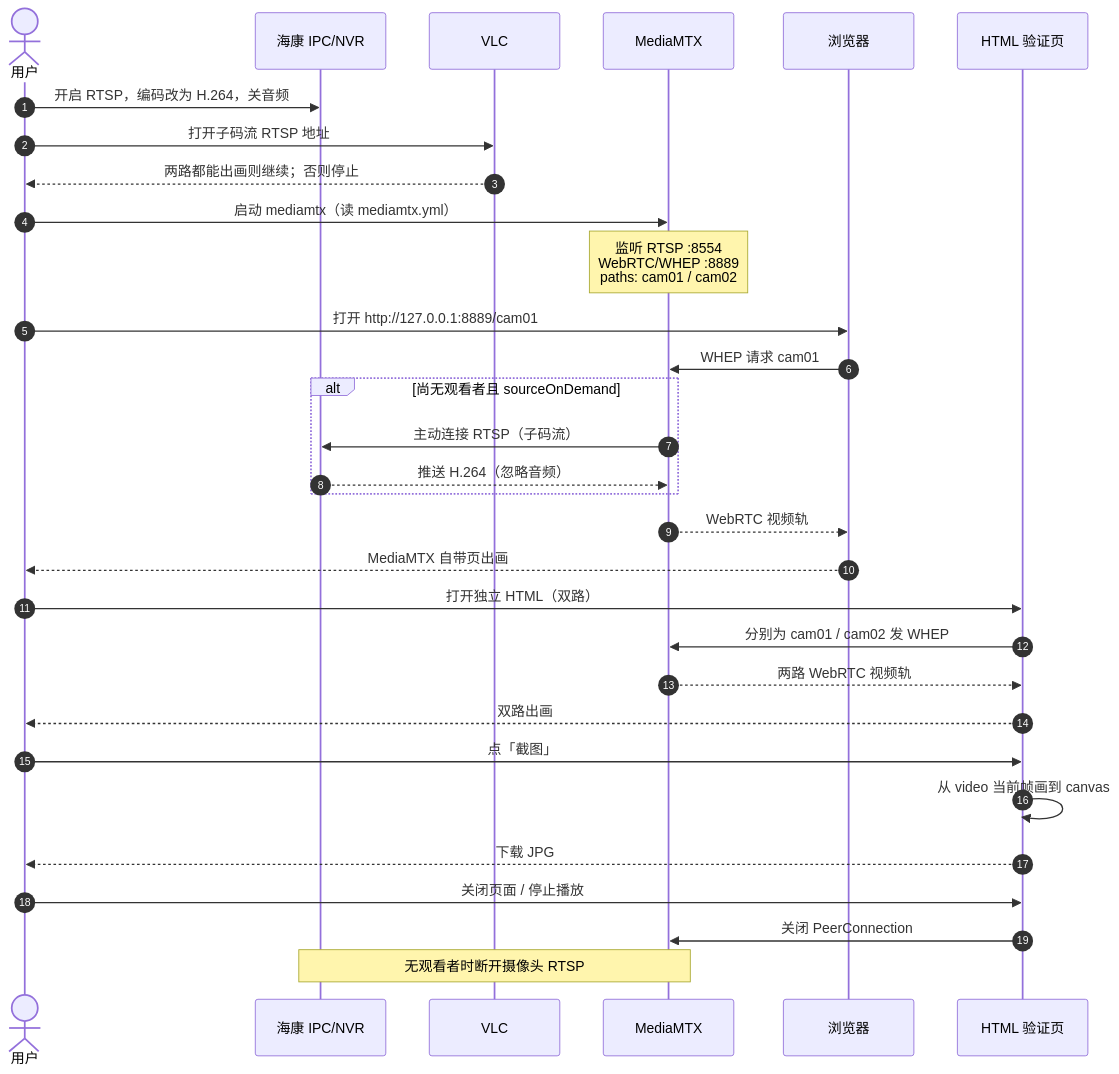
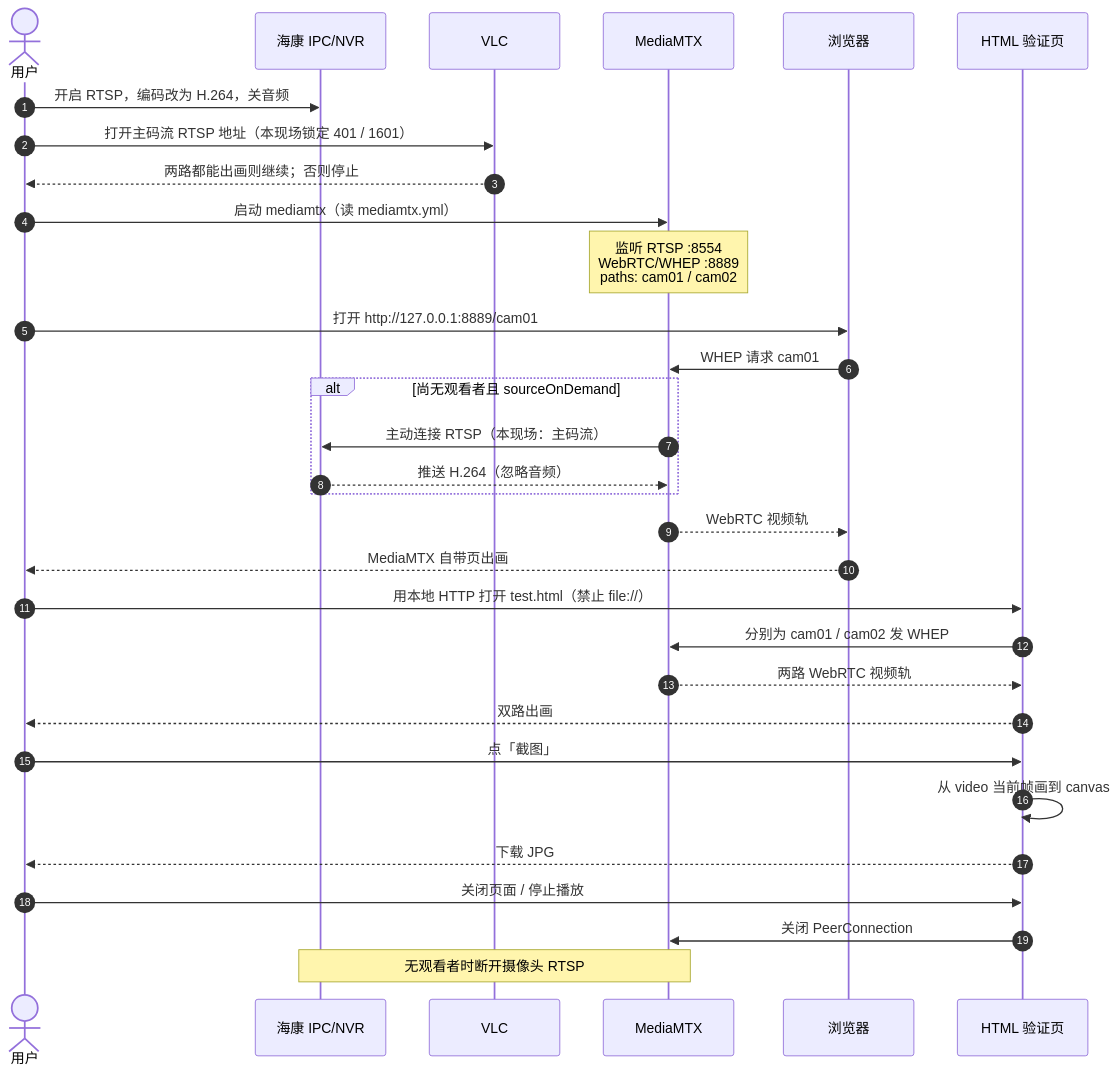
The diagram in 07MEDIAMTX/MediaMTX 海康转 WebRTC 指导书.md (JackweiStud/2030-DT), drawn with Mermaid before and after one commit. The commit also changed other lines of this file and 3 other files, not shown here.

````diff
--- a/07MEDIAMTX/MediaMTX 海康转 WebRTC 指导书.md
+++ b/07MEDIAMTX/MediaMTX 海康转 WebRTC 指导书.md
@@ -37,38 +40,38 @@
 ```mermaid
 sequenceDiagram
   autonumber
   actor User as 用户
   participant Cam as 海康 IPC/NVR
   participant VLC as VLC
   participant MTX as MediaMTX
   participant Br as 浏览器
   participant Page as HTML 验证页
 
   User->>Cam: 开启 RTSP，编码改为 H.264，关音频
-  User->>VLC: 打开子码流 RTSP 地址
+  User->>VLC: 打开主码流 RTSP 地址（本现场锁定 401 / 1601）
   VLC-->>User: 两路都能出画则继续；否则停止
 
   User->>MTX: 启动 mediamtx（读 mediamtx.yml）
   Note over MTX: 监听 RTSP :8554<br/>WebRTC/WHEP :8889<br/>paths: cam01 / cam02
 
   User->>Br: 打开 http://127.0.0.1:8889/cam01
   Br->>MTX: WHEP 请求 cam01
   alt 尚无观看者且 sourceOnDemand
-    MTX->>Cam: 主动连接 RTSP（子码流）
+    MTX->>Cam: 主动连接 RTSP（本现场：主码流）
     Cam-->>MTX: 推送 H.264（忽略音频）
   end
   MTX-->>Br: WebRTC 视频轨
   Br-->>User: MediaMTX 自带页出画
 
-  User->>Page: 打开独立 HTML（双路）
+  User->>Page: 用本地 HTTP 打开 test.html（禁止 file://）
   Page->>MTX: 分别为 cam01 / cam02 发 WHEP
   MTX-->>Page: 两路 WebRTC 视频轨
   Page-->>User: 双路出画
   User->>Page: 点「截图」
   Page->>Page: 从 video 当前帧画到 canvas
   Page-->>User: 下载 JPG
 
   User->>Page: 关闭页面 / 停止播放
   Page->>MTX: 关闭 PeerConnection
   Note over MTX,Cam: 无观看者时断开摄像头 RTSP
 ```
````
